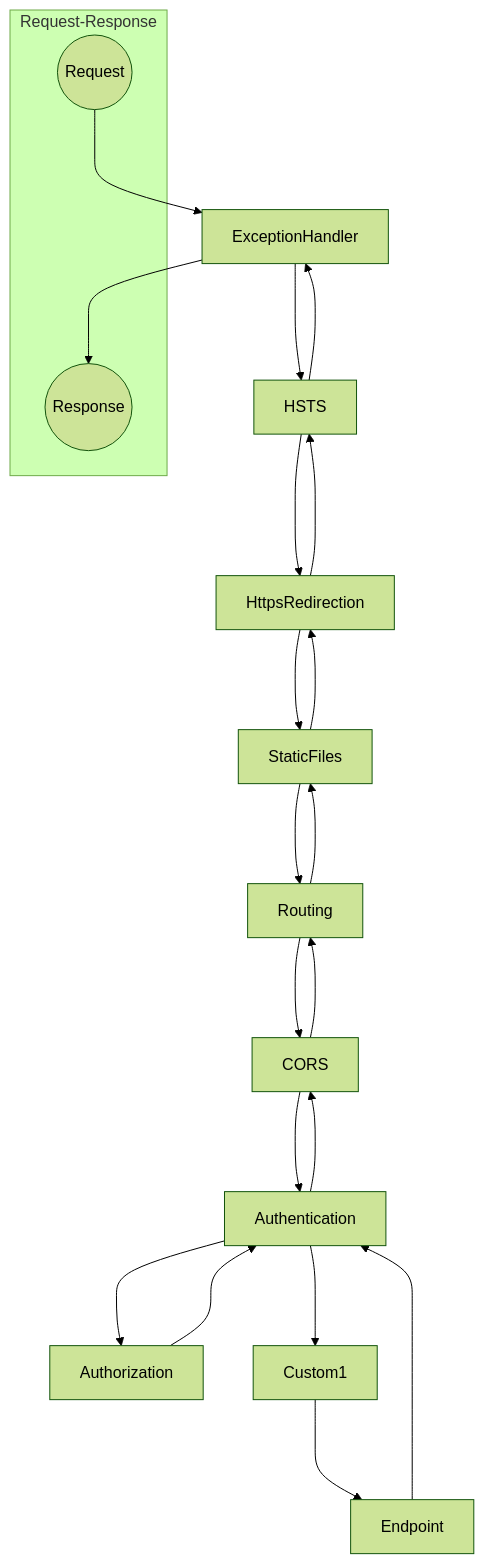
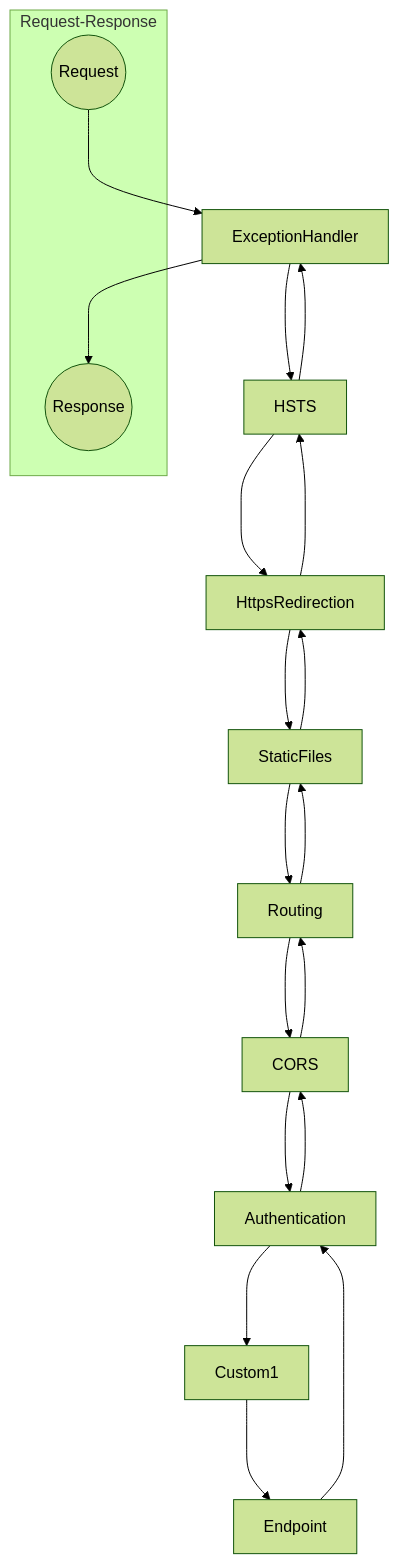
The diagram in MiddlewareMermaid/d.md (Rick-Anderson/MiddlewareMermaid), drawn with Mermaid (forest theme) before and after one commit.

````diff
--- a/MiddlewareMermaid/d.md
+++ b/MiddlewareMermaid/d.md
@@ -1,29 +1,28 @@
 ```mermaid
 graph TD;
     subgraph Request-Response
         Request((Request))
         Response((Response))
     end
     Request--->ExceptionHandler
     ExceptionHandler--->HSTS
     HSTS--->HttpsRedirection
     HttpsRedirection--->StaticFiles
     StaticFiles--->Routing
     Routing--->CORS
     CORS--->Authentication
-    Authentication--->Authorization
-    Authorization-->Authentication
     Authentication--->Custom1
     Custom1--->Endpoint
     Endpoint--->Authentication
     Authentication--->CORS
     CORS--->Routing
     Routing--->StaticFiles
     StaticFiles--->HttpsRedirection
     HttpsRedirection--->HSTS
     HSTS--->ExceptionHandler
     ExceptionHandler--->Response
 
 
 
+
 ```
````
